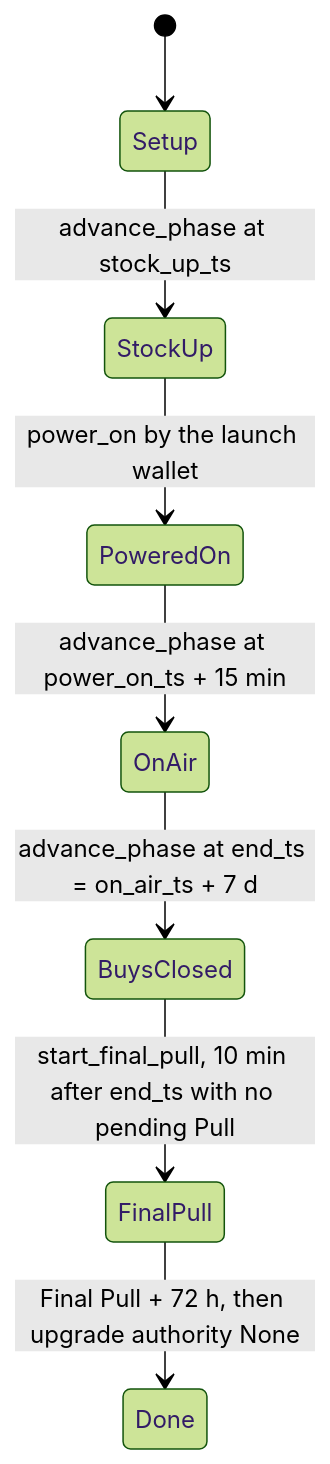
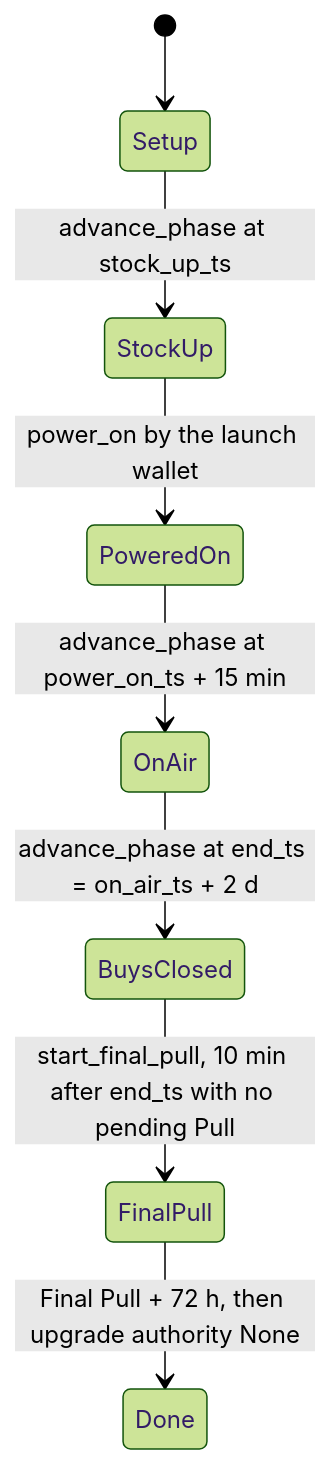
Before and after one commit to lilacwine77/onepercent: the third of 4 diagrams in docs/codex/00-MASTER-BRIEF.md, drawn with Mermaid (forest theme). The commit also changed other lines of this file and 177 other files, not shown here.

````diff
--- a/docs/codex/00-MASTER-BRIEF.md
+++ b/docs/codex/00-MASTER-BRIEF.md
@@ -413,10 +413,10 @@
 ```mermaid
 stateDiagram-v2
   [*] --> Setup
   Setup --> StockUp: advance_phase at stock_up_ts
   StockUp --> PoweredOn: power_on by the launch wallet
   PoweredOn --> OnAir: advance_phase at power_on_ts + 15 min
-  OnAir --> BuysClosed: advance_phase at end_ts = on_air_ts + 7 d
+  OnAir --> BuysClosed: advance_phase at end_ts = on_air_ts + 2 d
   BuysClosed --> FinalPull: start_final_pull, 10 min after end_ts with no pending Pull
   FinalPull --> Done: Final Pull + 72 h, then upgrade authority None
 ```
````
